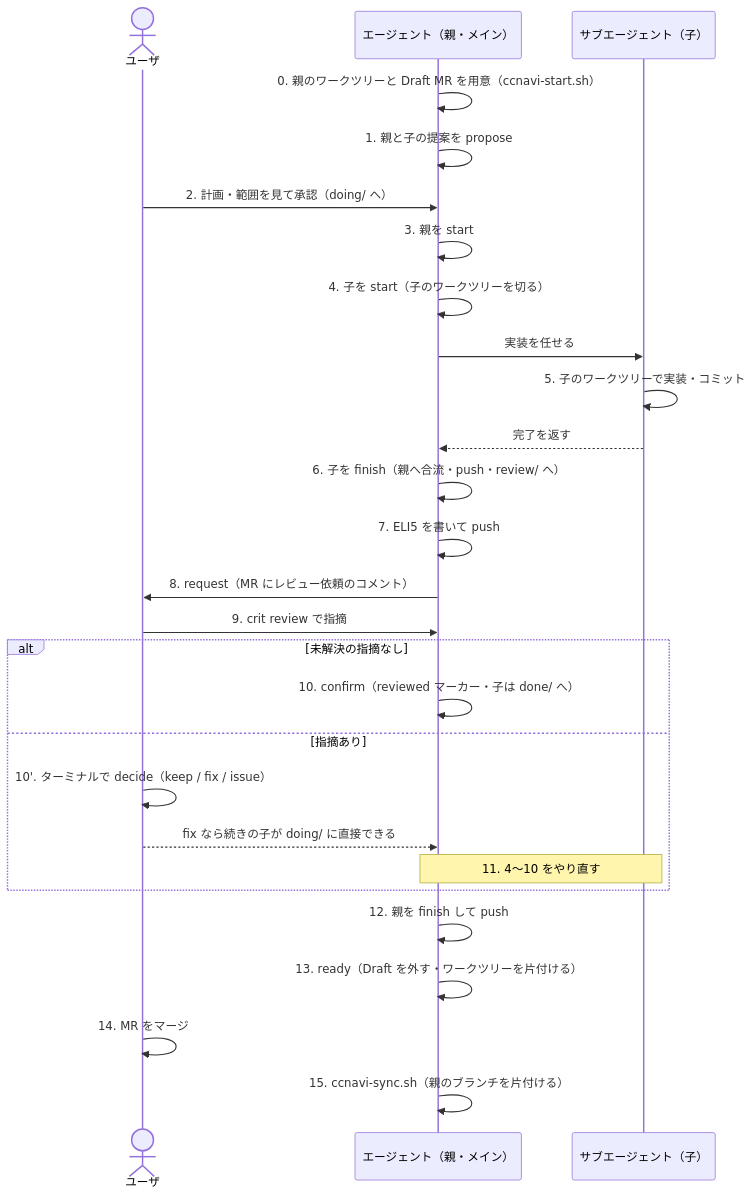
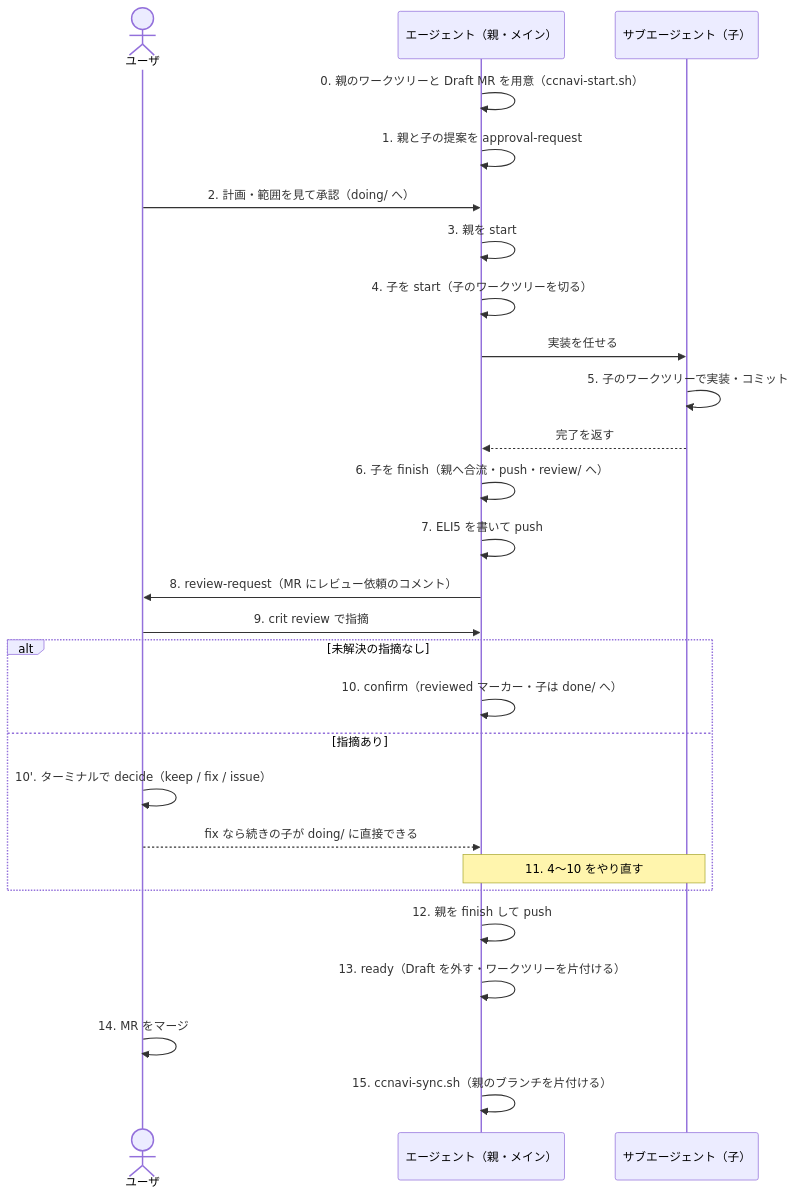
One commit to yuki-matsu783/ccnavi changed the diagram in .ccnavi/docs/ticket-flow.md. Above: the diagram before and after it, drawn with Mermaid. The commit also changed other lines of this file and 162 other files, not shown here.

First line of the commit message:
feat: approval-request と review-request に改名し --check を足す。関門の条件を treegate に集約する (#752)

````diff
--- a/.ccnavi/docs/ticket-flow.md
+++ b/.ccnavi/docs/ticket-flow.md
@@ -25,30 +39,30 @@
 ```mermaid
 sequenceDiagram
   actor U as ユーザ
   participant P as エージェント（親・メイン）
   participant S as サブエージェント（子）
 
   P->>P: 0. 親のワークツリーと Draft MR を用意（ccnavi-start.sh）
-  P->>P: 1. 親と子の提案を propose
+  P->>P: 1. 親と子の提案を approval-request
   U->>P: 2. 計画・範囲を見て承認（doing/ へ）
   P->>P: 3. 親を start
   P->>P: 4. 子を start（子のワークツリーを切る）
   P->>S: 実装を任せる
   S->>S: 5. 子のワークツリーで実装・コミット
   S-->>P: 完了を返す
   P->>P: 6. 子を finish（親へ合流・push・review/ へ）
   P->>P: 7. ELI5 を書いて push
-  P->>U: 8. request（MR にレビュー依頼のコメント）
+  P->>U: 8. review-request（MR にレビュー依頼のコメント）
   U->>P: 9. crit review で指摘
   alt 未解決の指摘なし
     P->>P: 10. confirm（reviewed マーカー・子は done/ へ）
   else 指摘あり
     U->>U: 10'. ターミナルで decide（keep / fix / issue）
     U-->>P: fix なら続きの子が doing/ に直接できる
     Note over P,S: 11. 4〜10 をやり直す
   end
   P->>P: 12. 親を finish して push
   P->>P: 13. ready（Draft を外す・ワークツリーを片付ける）
   U->>U: 14. MR をマージ
   P->>P: 15. ccnavi-sync.sh（親のブランチを片付ける）
 ```
````
